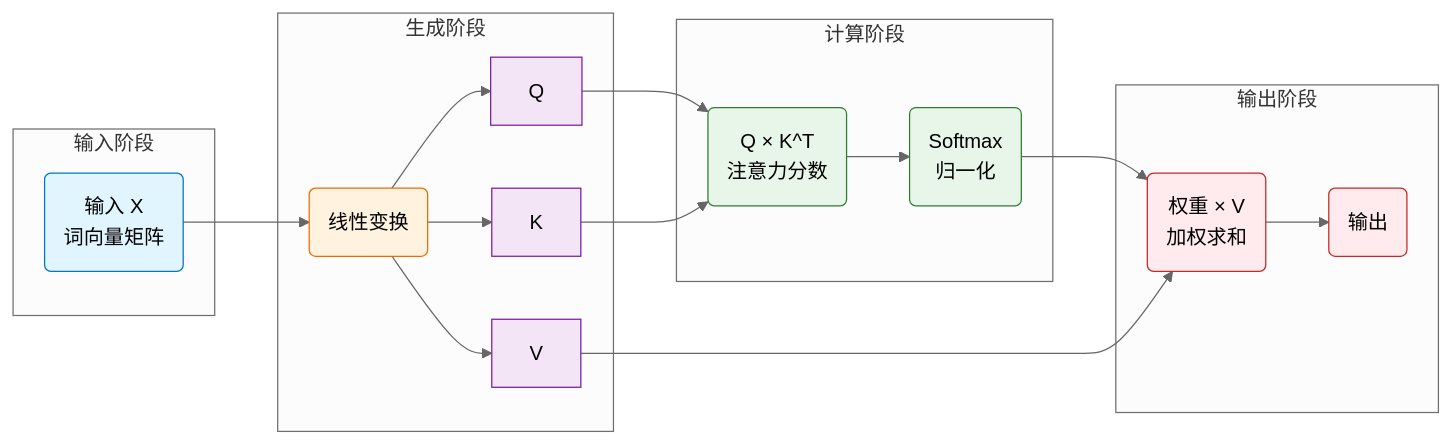
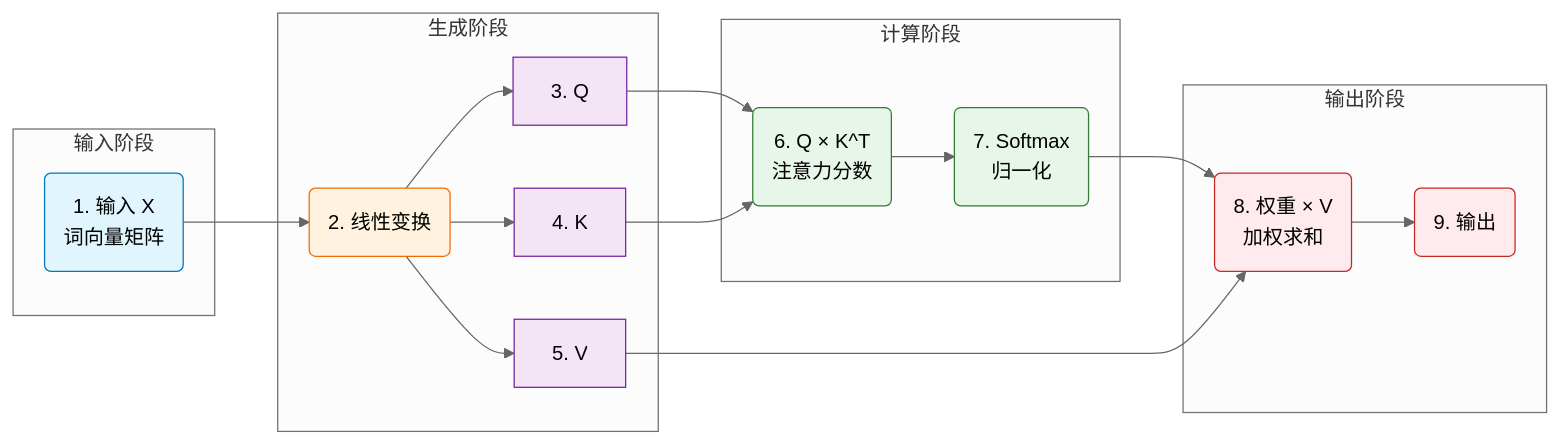
The diagram in 一起学Transformer/03-注意力机制基础.md (Zheng-Enci/Knoweledges), drawn with Mermaid (neutral theme) before and after one commit.

Commit message:
给流程图步骤添加编号，符合图表规范

````diff
--- a/一起学Transformer/03-注意力机制基础.md
+++ b/一起学Transformer/03-注意力机制基础.md
@@ -78,38 +78,38 @@
 ```mermaid
 flowchart LR
     subgraph 输入阶段
-        A("输入 X<br/>词向量矩阵"):::input
+        A("1. 输入 X<br/>词向量矩阵"):::input
     end
     
     subgraph 生成阶段
-        B("线性变换"):::process
-        C["Q"]:::qkv
-        D["K"]:::qkv
-        E["V"]:::qkv
+        B("2. 线性变换"):::process
+        C["3. Q"]:::qkv
+        D["4. K"]:::qkv
+        E["5. V"]:::qkv
     end
     
     subgraph 计算阶段
-        F("Q × K^T<br/>注意力分数"):::calc
-        G("Softmax<br/>归一化"):::calc
+        F("6. Q × K^T<br/>注意力分数"):::calc
+        G("7. Softmax<br/>归一化"):::calc
     end
     
     subgraph 输出阶段
-        H("权重 × V<br/>加权求和"):::output
-        I("输出"):::output
+        H("8. 权重 × V<br/>加权求和"):::output
+        I("9. 输出"):::output
     end
     
     A --> B
     B --> C
     B --> D
     B --> E
     C & D --> F
     F --> G
     G & E --> H
     H --> I
     
     classDef input fill:#e1f5fe,stroke:#0277bd
     classDef process fill:#fff3e0,stroke:#ef6c00
     classDef qkv fill:#f3e5f5,stroke:#7b1fa2
     classDef calc fill:#e8f5e9,stroke:#2e7d32
     classDef output fill:#ffebee,stroke:#c62828
 ```
````
